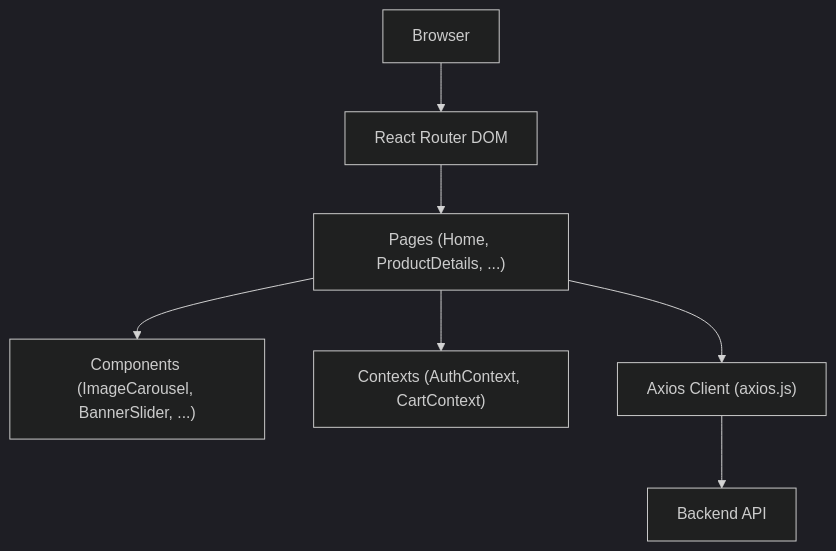
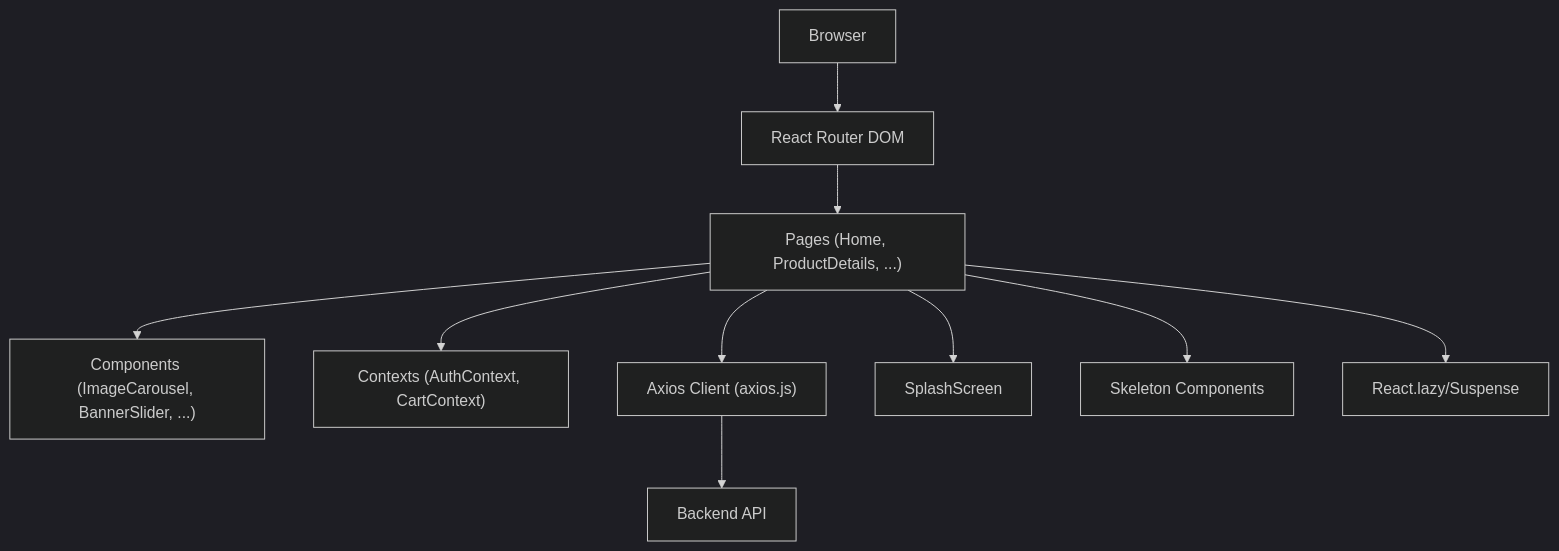
The second of 3 diagrams in .qoder/repowiki/en/content/Performance Optimization/Frontend Performance.md (Pavan-PSPK9032/TrendsandToss), drawn with Mermaid (dark theme) before and after one commit. The commit also changed other lines of this file and 27 other files, not shown here.

````diff
--- a/.qoder/repowiki/en/content/Performance Optimization/Frontend Performance.md
+++ b/.qoder/repowiki/en/content/Performance Optimization/Frontend Performance.md
@@ -118,16 +139,22 @@
 ```mermaid
 graph TB
 Browser["Browser"]
 Router["React Router DOM"]
 Pages["Pages (Home, ProductDetails, ...)"]
 Comps["Components (ImageCarousel, BannerSlider, ...)"]
 Ctx["Contexts (AuthContext, CartContext)"]
 API["Axios Client (axios.js)"]
 BE["Backend API"]
+Splash["SplashScreen"]
+Skeleton["Skeleton Components"]
+Lazy["React.lazy/Suspense"]
 Browser --> Router
 Router --> Pages
 Pages --> Comps
 Pages --> Ctx
 Pages --> API
+Pages --> Splash
+Pages --> Skeleton
+Pages --> Lazy
 API --> BE
 ```
````
